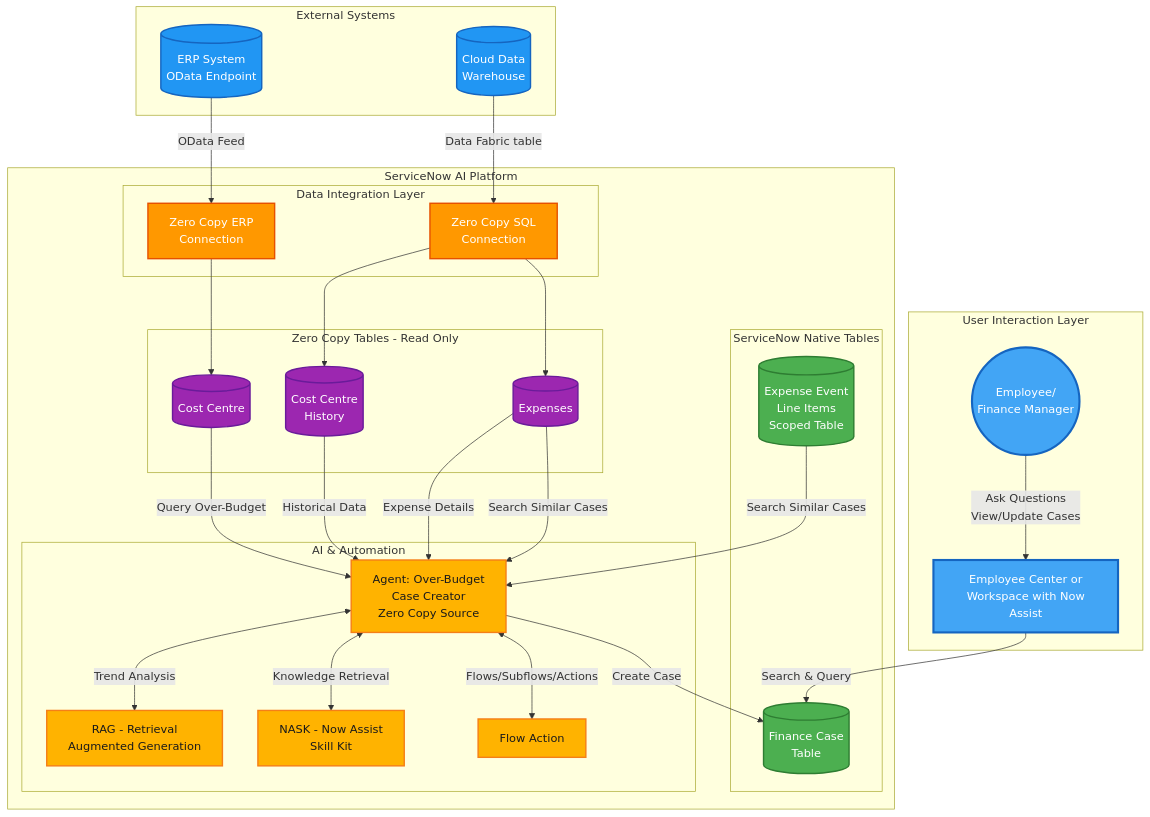
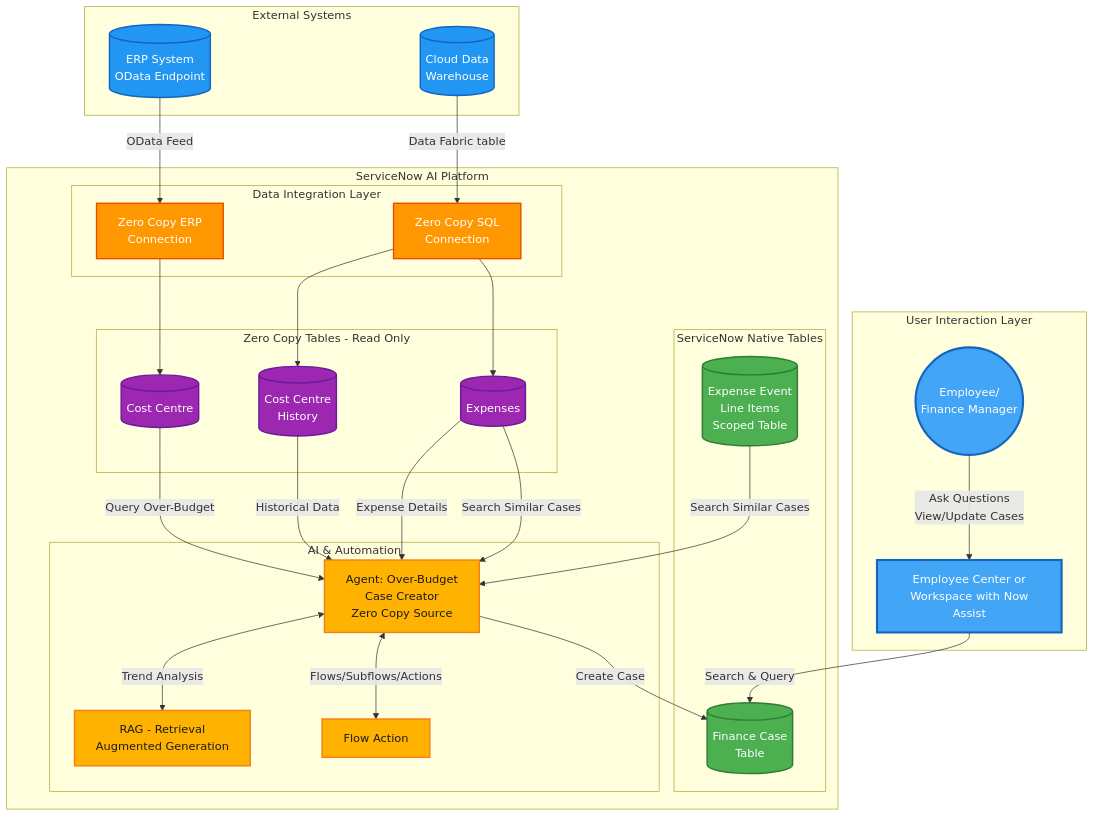
The diagram in main-exercises/lab-exercise-zero-copy-connectors.md (leojacinto/WorkflowDataFabric-TypeA), drawn with Mermaid before and after one commit.

Commit message:
GITBOOK-105: No subject

````diff
--- a/main-exercises/lab-exercise-zero-copy-connectors.md
+++ b/main-exercises/lab-exercise-zero-copy-connectors.md
@@ -17,75 +17,74 @@
 ```mermaid
 graph TB
     subgraph "User Interaction Layer"
         Employee((Employee/<br/>Finance Manager))
         EC[Employee Center or<br/> Workspace with Now Assist]
     end
 
     subgraph "External Systems"
         ERP[(ERP System<br/>OData Endpoint)]
         CDW[(Cloud Data<br/>Warehouse)]
     end
 
     subgraph "ServiceNow AI Platform"
         subgraph "Data Integration Layer"
             ZeroCopySQL[Zero Copy SQL<br/>Connection]
             ZeroCopyERP[Zero Copy ERP<br/>Connection]
         end
 
         subgraph "Zero Copy Tables - Read Only"
             ZCCC[(Cost Centre)]
             ZCCH[(Cost Centre</br>History)]
             ZCExp[(Expenses)]
         end
 
         subgraph "ServiceNow Native Tables"
             ExpenseTable[(Expense Event<br/>Line Items<br/>Scoped Table)]
             FinCase[(Finance Case<br/>Table)]
         end
 
         subgraph "AI & Automation"
             Agent1[Agent: Over-Budget<br/>Case Creator<br/>Zero Copy Source]
             RAG[RAG - Retrieval<br/>Augmented Generation]
-            NASK[NASK - Now Assist<br/>Skill Kit]
+
             FlowAction[Flow Action]
         end
     end
 
     %% Data Flow Connections
     ERP -->|OData Feed| ZeroCopyERP
     CDW -->|Data Fabric table| ZeroCopySQL
     ZeroCopyERP --> ZCCC
     ZeroCopySQL --> ZCCH
     ZeroCopySQL --> ZCExp
 
     %% Agent 1 Workflow - Zero Copy Source
     ZCCC -->|Query Over-Budget| Agent1
     ZCCH -->|Historical Data| Agent1
     ZCExp -->|Expense Details| Agent1
     ExpenseTable -->|Search Similar Cases| Agent1
     ZCExp -->|Search Similar Cases| Agent1
     Agent1 -->|Create Case| FinCase
     Agent1 <-->|Trend Analysis| RAG
-    Agent1 <-->|Knowledge Retrieval| NASK
     Agent1 <-->|Flows/Subflows/Actions| FlowAction
 
     %% User Interaction Connections
     Employee -->|Ask Questions<br/>View/Update Cases| EC
     EC -->|Search & Query| FinCase
 
     %% Styling
     classDef external fill:#2196F3,stroke:#1565C0,stroke-width:2px,color:#fff
     classDef integration fill:#FF9800,stroke:#E65100,stroke-width:2px,color:#fff
     classDef zeroCopy fill:#9C27B0,stroke:#6A1B9A,stroke-width:2px,color:#fff
     classDef native fill:#4CAF50,stroke:#2E7D32,stroke-width:2px,color:#fff
     classDef ai fill:#FFB300,stroke:#F57F17,stroke-width:2px,color:#1a1a1a
     classDef user fill:#42A5F5,stroke:#1565C0,stroke-width:3px,color:#fff
 
     class ERP,SharePoint,CDW external
     class ZeroCopySQL,ZeroCopyERP,ExtContent integration
     class ZCCC,ZCCH,ZCExp zeroCopy
     class ExpenseTable,FinCase,FinVar native
     class Agent1,RAG,NASK,FlowAction,GGraph,NLQuery ai
     class MockERP,MockCDW external
     class Employee,EC user
 ```
````
